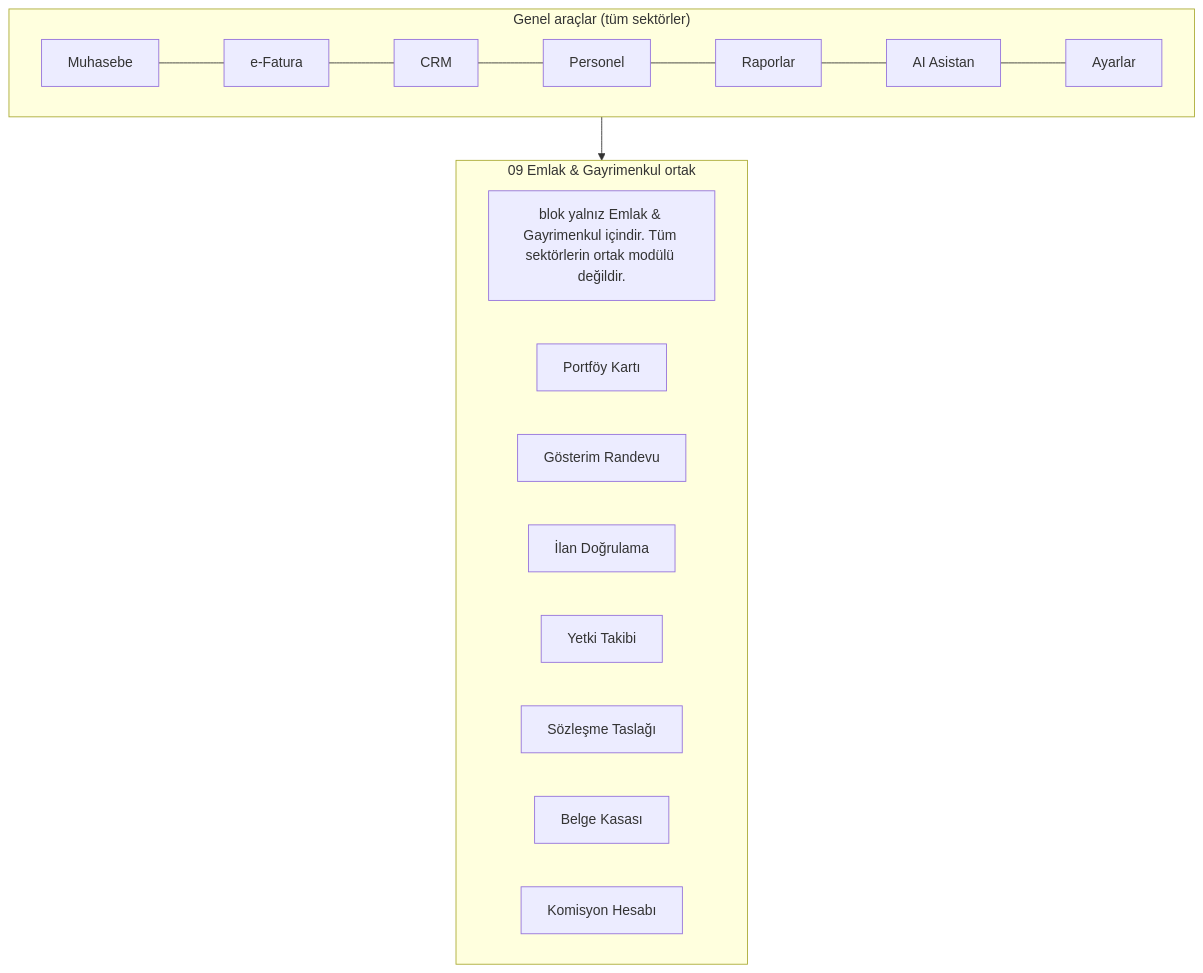
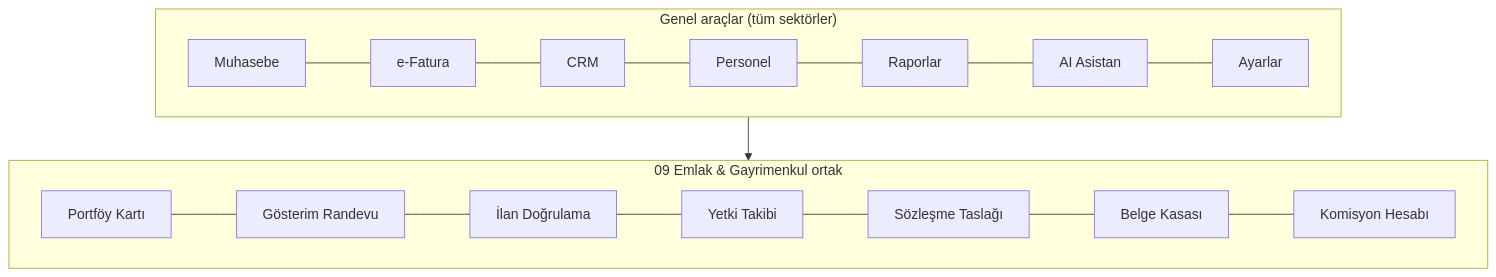
Before and after one commit to sametkarabulut-dev/xfuturepos-v2: the second of 2 diagrams in 01 Sektörler/09 Emlak & Gayrimenkul.md, drawn with Mermaid. The commit also changed other lines of this file and 823 other files, not shown here.

````diff
--- a/01 Sektörler/09 Emlak & Gayrimenkul.md
+++ b/01 Sektörler/09 Emlak & Gayrimenkul.md
@@ -68,17 +57,10 @@
 ```mermaid
 flowchart TB
   subgraph GEN["Genel araçlar (tüm sektörler)"]
     G1[Muhasebe] --- G2[e-Fatura] --- G3[CRM] --- G4[Personel] --- G5[Raporlar] --- G6[AI Asistan] --- G7[Ayarlar]
   end
   subgraph OZEL["09 Emlak & Gayrimenkul ortak"]
-    O1[blok yalnız Emlak & Gayrimenkul içindir. Tüm sektörlerin ortak modülü değildir.]
-    O2[Portföy Kartı]
-    O3[Gösterim Randevu]
-    O4[İlan Doğrulama]
-    O5[Yetki Takibi]
-    O6[Sözleşme Taslağı]
-    O7[Belge Kasası]
-    O8[Komisyon Hesabı]
+    O1[Portföy Kartı] --- O2[Gösterim Randevu] --- O3[İlan Doğrulama] --- O4[Yetki Takibi] --- O5[Sözleşme Taslağı] --- O6[Belge Kasası] --- O7[Komisyon Hesabı]
   end
   GEN --> OZEL
 ```
````
